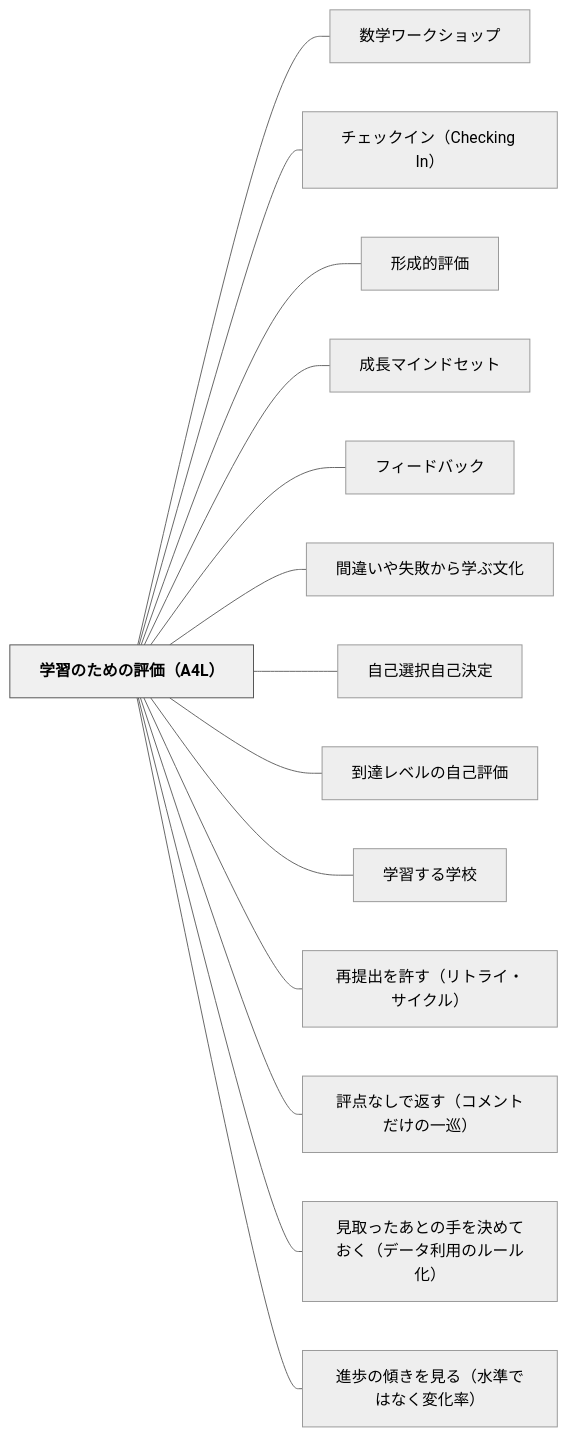
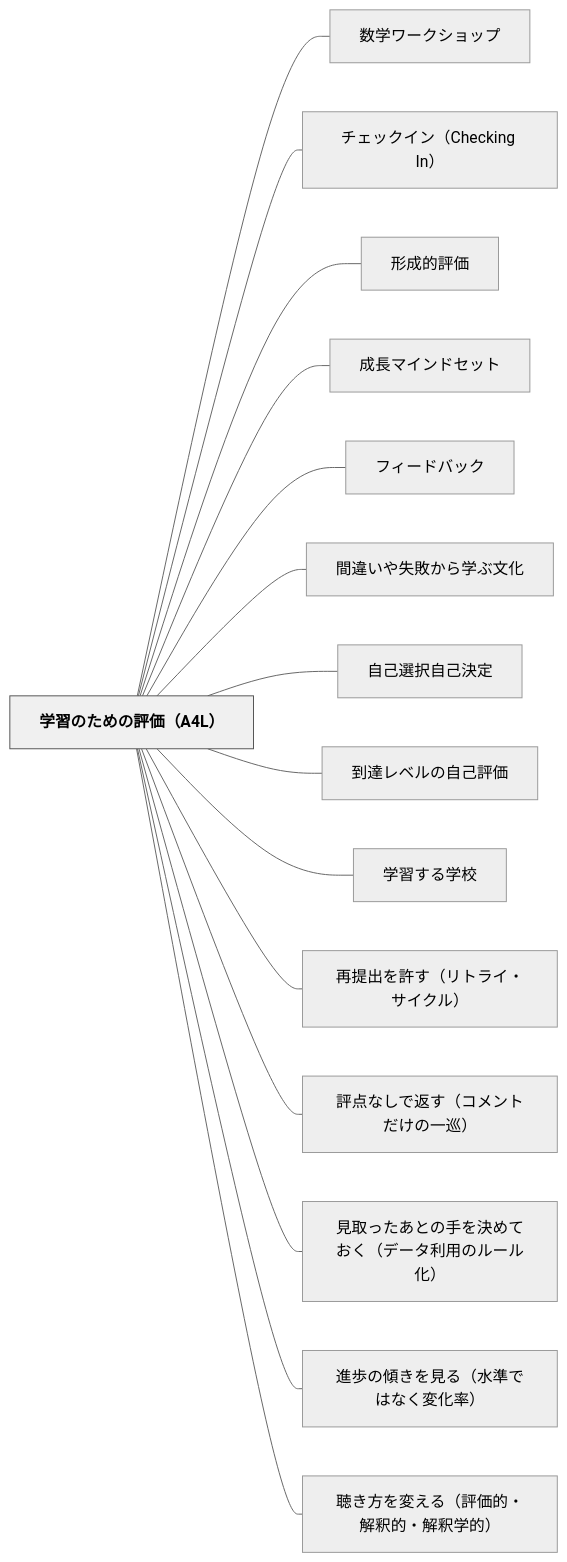
One commit to unknownthings-ed-patterns/unknownthings-ed-patterns changed the diagram in content/パタン/学習のための評価（A4L）.md. Above: the diagram before and after it, drawn with Mermaid (neutral theme). The commit also changed other lines of this file and 26 other files, not shown here.

````diff
--- a/content/パタン/学習のための評価（A4L）.md
+++ b/content/パタン/学習のための評価（A4L）.md
@@ -216,34 +217,36 @@
 ```mermaid
 flowchart LR
     ne5ada6e7bf92e381aee3819fe38281e381aee8a995e4bea1efbc8841344cefbc89["学習のための評価（A4L）"]
     ne695b0e5ada6e383afe383bce382afe382b7e383a7e38383e38397["数学ワークショップ"]
     ne38381e382a7e38383e382afe382a4e383b3efbc88436865636b696e6720496eefbc89["チェックイン（Checking In）"]
     ne5bda2e68890e79a84e8a995e4bea1["形成的評価"]
     ne68890e995b7e3839ee382a4e383b3e38389e382bbe38383e38388["成長マインドセット"]
     ne38395e382a3e383bce38389e38390e38383e382af["フィードバック"]
     ne99693e98195e38184e38284e5a4b1e69597e3818be38289e5ada6e381b6e69687e58c96["間違いや失敗から学ぶ文化"]
     ne887aae5b7b1e981b8e68a9ee887aae5b7b1e6b1bae5ae9a["自己選択自己決定"]
     ne588b0e98194e383ace38399e383abe381aee887aae5b7b1e8a995e4bea1["到達レベルの自己評価"]
     ne5ada6e7bf92e38199e3828be5ada6e6a0a1["学習する学校"]
     ne5868de68f90e587bae38292e8a8b1e38199efbc88e383aae38388e383a9e382a4e383bbe382b5e382a4e382afe383abefbc89["再提出を許す（リトライ・サイクル）"]
     ne8a995e782b9e381aae38197e381a7e8bf94e38199efbc88e382b3e383a1e383b3e38388e381a0e38191e381aee4b880e5b7a1efbc89["評点なしで返す（コメントだけの一巡）"]
     ne8a68be58f96e381a3e3819fe38182e381a8e381aee6898be38292e6b1bae38281e381a6e3818ae3818fefbc88e38387e383bce382bfe588a9e794a8e381aee383abe383bce383abe58c96efbc89["見取ったあとの手を決めておく（データ利用のルール化）"]
     ne980b2e6ada9e381aee582bee3818de38292e8a68be3828befbc88e6b0b4e6ba96e381a7e381afe381aae3818fe5a489e58c96e78e87efbc89["進歩の傾きを見る（水準ではなく変化率）"]
+    ne881b4e3818de696b9e38292e5a489e38188e3828befbc88e8a995e4bea1e79a84e383bbe8a7a3e98788e79a84e383bbe8a7a3e98788e5ada6e79a84efbc89["聴き方を変える（評価的・解釈的・解釈学的）"]
 
     ne5ada6e7bf92e381aee3819fe38281e381aee8a995e4bea1efbc8841344cefbc89 --- ne695b0e5ada6e383afe383bce382afe382b7e383a7e38383e38397
     ne5ada6e7bf92e381aee3819fe38281e381aee8a995e4bea1efbc8841344cefbc89 --- ne38381e382a7e38383e382afe382a4e383b3efbc88436865636b696e6720496eefbc89
     ne5ada6e7bf92e381aee3819fe38281e381aee8a995e4bea1efbc8841344cefbc89 --- ne5bda2e68890e79a84e8a995e4bea1
     ne5ada6e7bf92e381aee3819fe38281e381aee8a995e4bea1efbc8841344cefbc89 --- ne68890e995b7e3839ee382a4e383b3e38389e382bbe38383e38388
     ne5ada6e7bf92e381aee3819fe38281e381aee8a995e4bea1efbc8841344cefbc89 --- ne38395e382a3e383bce38389e38390e38383e382af
     ne5ada6e7bf92e381aee3819fe38281e381aee8a995e4bea1efbc8841344cefbc89 --- ne99693e98195e38184e38284e5a4b1e69597e3818be38289e5ada6e381b6e69687e58c96
     ne5ada6e7bf92e381aee3819fe38281e381aee8a995e4bea1efbc8841344cefbc89 --- ne887aae5b7b1e981b8e68a9ee887aae5b7b1e6b1bae5ae9a
     ne5ada6e7bf92e381aee3819fe38281e381aee8a995e4bea1efbc8841344cefbc89 --- ne588b0e98194e383ace38399e383abe381aee887aae5b7b1e8a995e4bea1
     ne5ada6e7bf92e381aee3819fe38281e381aee8a995e4bea1efbc8841344cefbc89 --- ne5ada6e7bf92e38199e3828be5ada6e6a0a1
     ne5ada6e7bf92e381aee3819fe38281e381aee8a995e4bea1efbc8841344cefbc89 --- ne5868de68f90e587bae38292e8a8b1e38199efbc88e383aae38388e383a9e382a4e383bbe382b5e382a4e382afe383abefbc89
     ne5ada6e7bf92e381aee3819fe38281e381aee8a995e4bea1efbc8841344cefbc89 --- ne8a995e782b9e381aae38197e381a7e8bf94e38199efbc88e382b3e383a1e383b3e38388e381a0e38191e381aee4b880e5b7a1efbc89
     ne5ada6e7bf92e381aee3819fe38281e381aee8a995e4bea1efbc8841344cefbc89 --- ne8a68be58f96e381a3e3819fe38182e381a8e381aee6898be38292e6b1bae38281e381a6e3818ae3818fefbc88e38387e383bce382bfe588a9e794a8e381aee383abe383bce383abe58c96efbc89
     ne5ada6e7bf92e381aee3819fe38281e381aee8a995e4bea1efbc8841344cefbc89 --- ne980b2e6ada9e381aee582bee3818de38292e8a68be3828befbc88e6b0b4e6ba96e381a7e381afe381aae3818fe5a489e58c96e78e87efbc89
+    ne5ada6e7bf92e381aee3819fe38281e381aee8a995e4bea1efbc8841344cefbc89 --- ne881b4e3818de696b9e38292e5a489e38188e3828befbc88e8a995e4bea1e79a84e383bbe8a7a3e98788e79a84e383bbe8a7a3e98788e5ada6e79a84efbc89
 
     classDef hub fill:#f0f0f0,stroke:#555,color:#000,font-weight:bold
     class ne5ada6e7bf92e381aee3819fe38281e381aee8a995e4bea1efbc8841344cefbc89 hub
 ```
````
